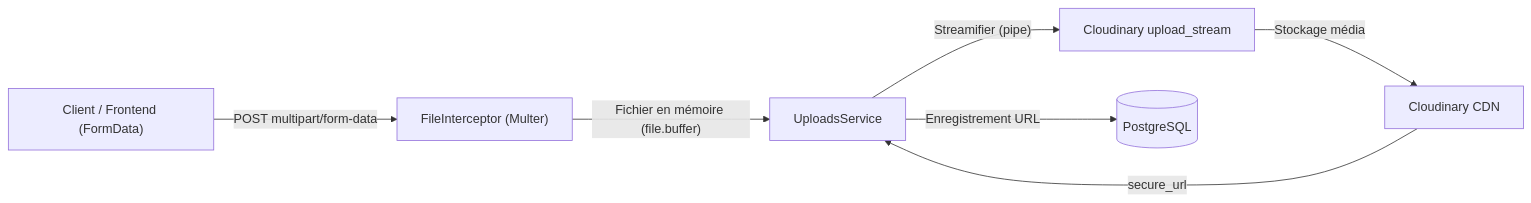
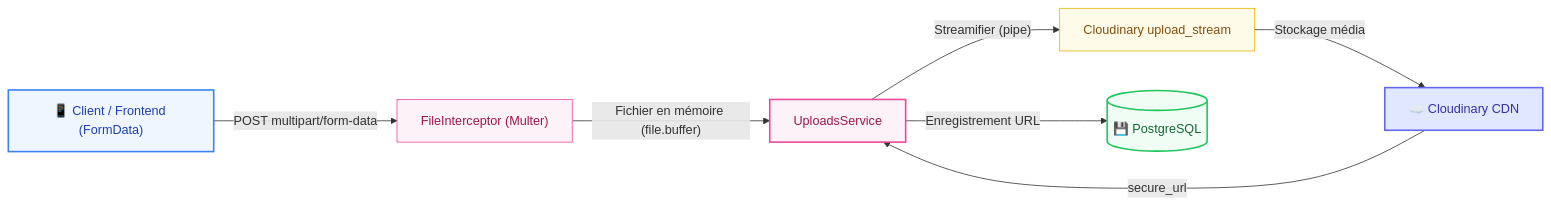
One commit to rihem-akermi/freeForU changed the fifth of 9 diagrams in README.md. Above: the diagram before and after it, drawn with Mermaid. The commit also changed other lines of this file, not shown here.

````diff
--- a/README.md
+++ b/README.md
@@ -273,9 +319,16 @@
 ```mermaid
 flowchart LR
-    Client["Client / Frontend (FormData)"] -->|"POST multipart/form-data"| Interceptor["FileInterceptor (Multer)"]
+    Client["📱 Client / Frontend (FormData)"] -->|"POST multipart/form-data"| Interceptor["FileInterceptor (Multer)"]
     Interceptor -->|"Fichier en mémoire (file.buffer)"| UploadService["UploadsService"]
     UploadService -->|"Streamifier (pipe)"| CloudinarySDK["Cloudinary upload_stream"]
-    CloudinarySDK -->|"Stockage média"| CDN["Cloudinary CDN"]
+    CloudinarySDK -->|"Stockage média"| CDN["☁️ Cloudinary CDN"]
     CDN -->|"secure_url"| UploadService
-    UploadService -->|"Enregistrement URL"| PrismaDB[(PostgreSQL)]
+    UploadService -->|"Enregistrement URL"| PrismaDB[(💾 PostgreSQL)]
+
+    style Client fill:#eff6ff,stroke:#3b82f6,stroke-width:2px,color:#1e40af
+    style Interceptor fill:#fdf2f8,stroke:#ec4899,color:#9d174d
+    style UploadService fill:#fdf2f8,stroke:#ec4899,stroke-width:2px,color:#9d174d
+    style CloudinarySDK fill:#fefce8,stroke:#eab308,color:#854d0e
+    style CDN fill:#e0e7ff,stroke:#6366f1,stroke-width:2px,color:#3730a3
+    style PrismaDB fill:#f0fdf4,stroke:#22c55e,stroke-width:2px,color:#166534
 ```
````
